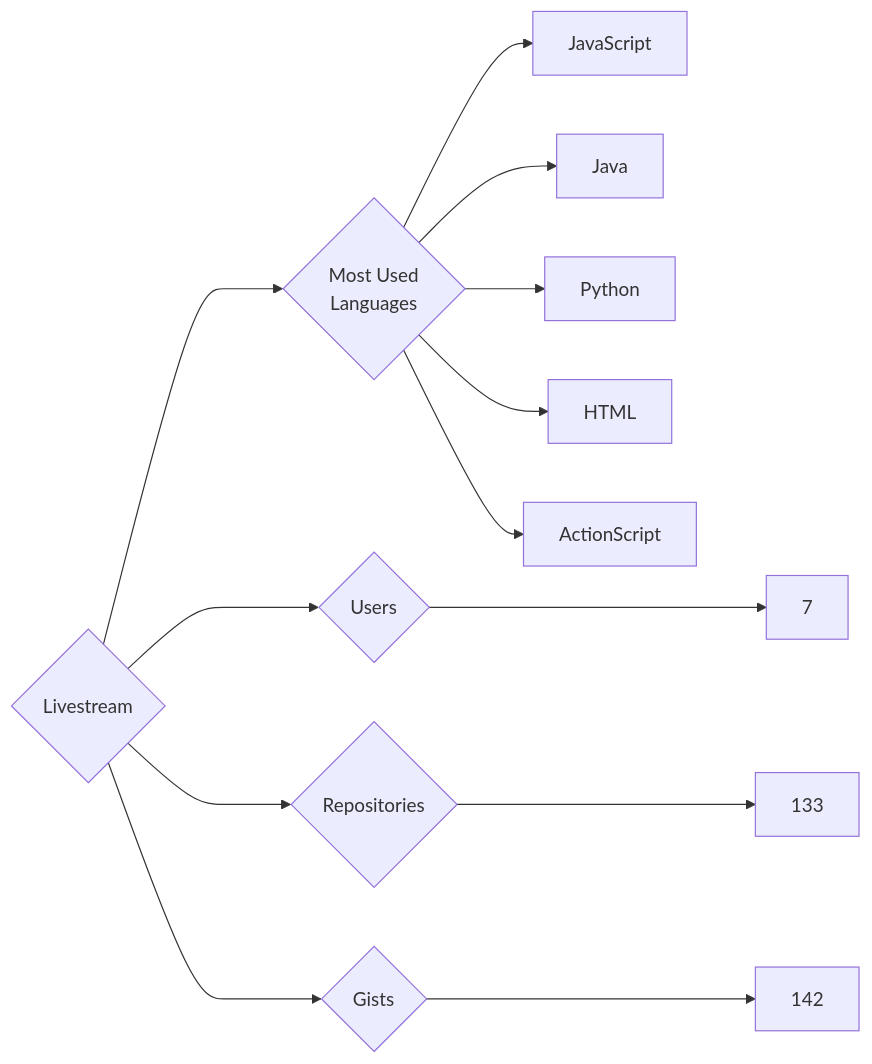
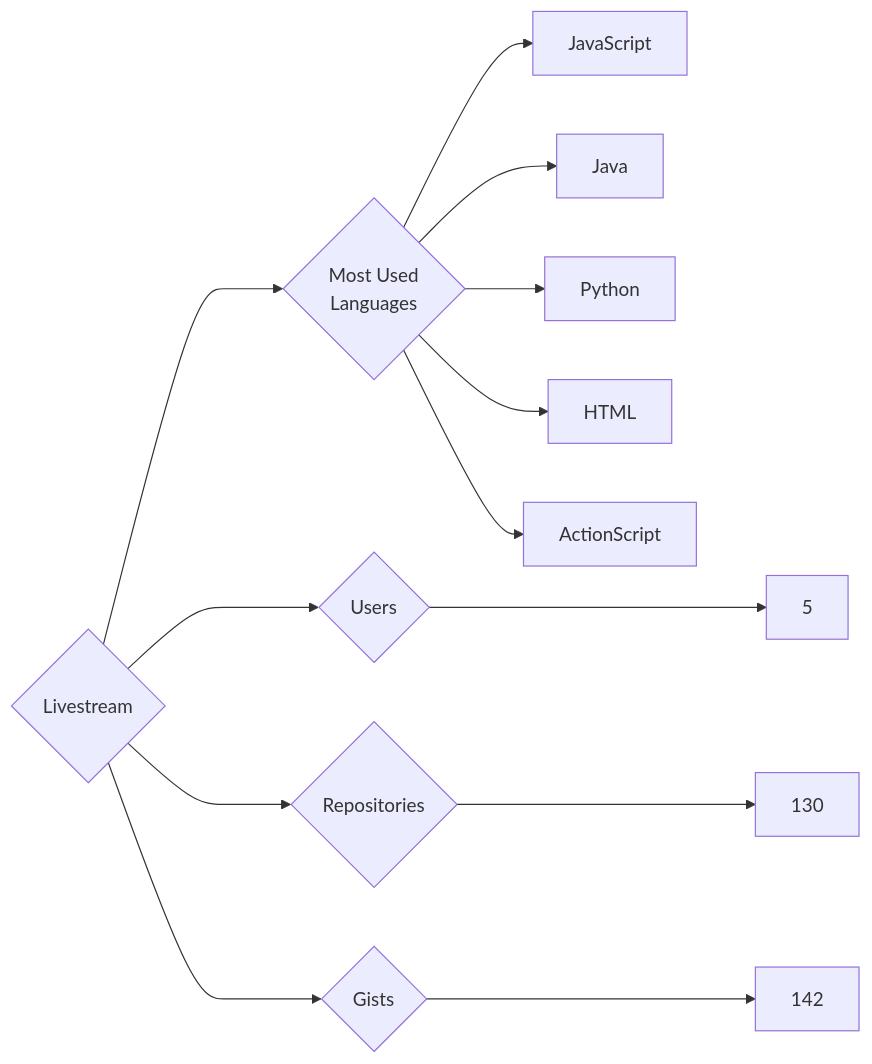
One commit to trickest/insiders changed the diagram in targets/Livestream/README.md. Above: the diagram before and after it, drawn with Mermaid. The commit also changed 1084 other files, not shown here.

````diff
--- a/targets/Livestream/README.md
+++ b/targets/Livestream/README.md
@@ -3,13 +3,13 @@
 ```mermaid
 graph LR
 COMPANY_NAME{Livestream}
-COMPANY_NAME ---> U{Users} ---> UN[7]
-COMPANY_NAME ---> R{Repositories} ---> RN[133]
+COMPANY_NAME ---> U{Users} ---> UN[5]
+COMPANY_NAME ---> R{Repositories} ---> RN[130]
 COMPANY_NAME ---> G{Gists} ---> GN[142]
 COMPANY_NAME ---> ML{Most Used<br>Languages}
 ML --> JavaScript[JavaScript]
 ML --> Java[Java]
 ML --> Python[Python]
 ML --> HTML[HTML]
 ML --> ActionScript[ActionScript]
 ```
````
